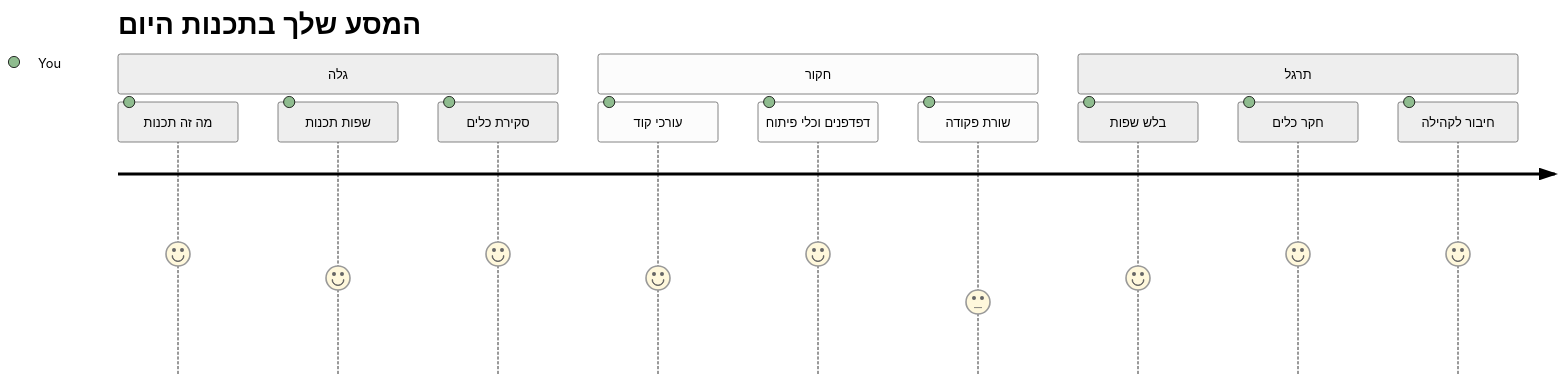
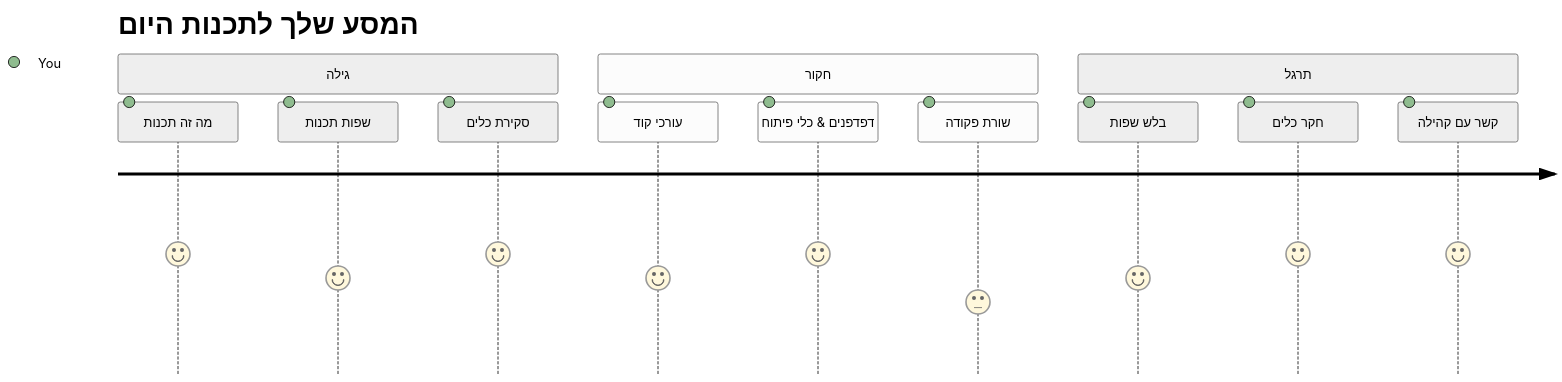
Before and after one commit to microsoft/Web-Dev-For-Beginners: the first of 7 diagrams in translations/he/1-getting-started-lessons/1-intro-to-programming-languages/README.md, drawn with Mermaid (neutral theme). The commit also changed other lines of this file and 8 other files, not shown here.

````diff
--- a/translations/he/1-getting-started-lessons/1-intro-to-programming-languages/README.md
+++ b/translations/he/1-getting-started-lessons/1-intro-to-programming-languages/README.md
@@ -14,16 +14,16 @@
 ```mermaid
 journey
-    title המסע שלך בתכנות היום
-    section גלה
+    title המסע שלך לתכנות היום
+    section גילה
       מה זה תכנות: 5: You
       שפות תכנות: 4: You
       סקירת כלים: 5: You
     section חקור
       עורכי קוד: 4: You
-      דפדפנים וכלי פיתוח: 5: You
+      דפדפנים & כלי פיתוח: 5: You
       שורת פקודה: 3: You
     section תרגל
       בלש שפות: 4: You
       חקר כלים: 5: You
-      חיבור לקהילה: 5: You
+      קשר עם קהילה: 5: You
 ```
````
